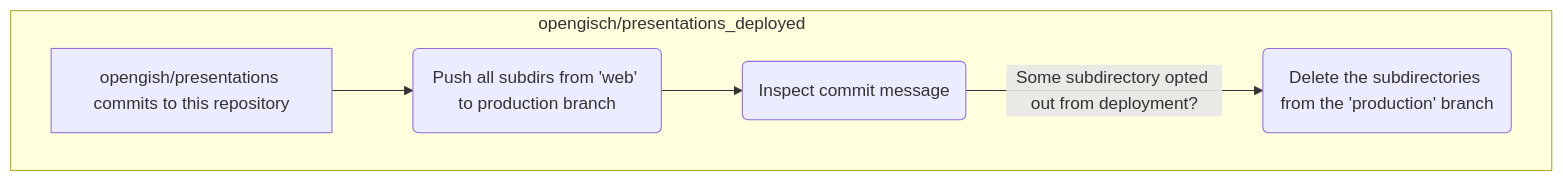
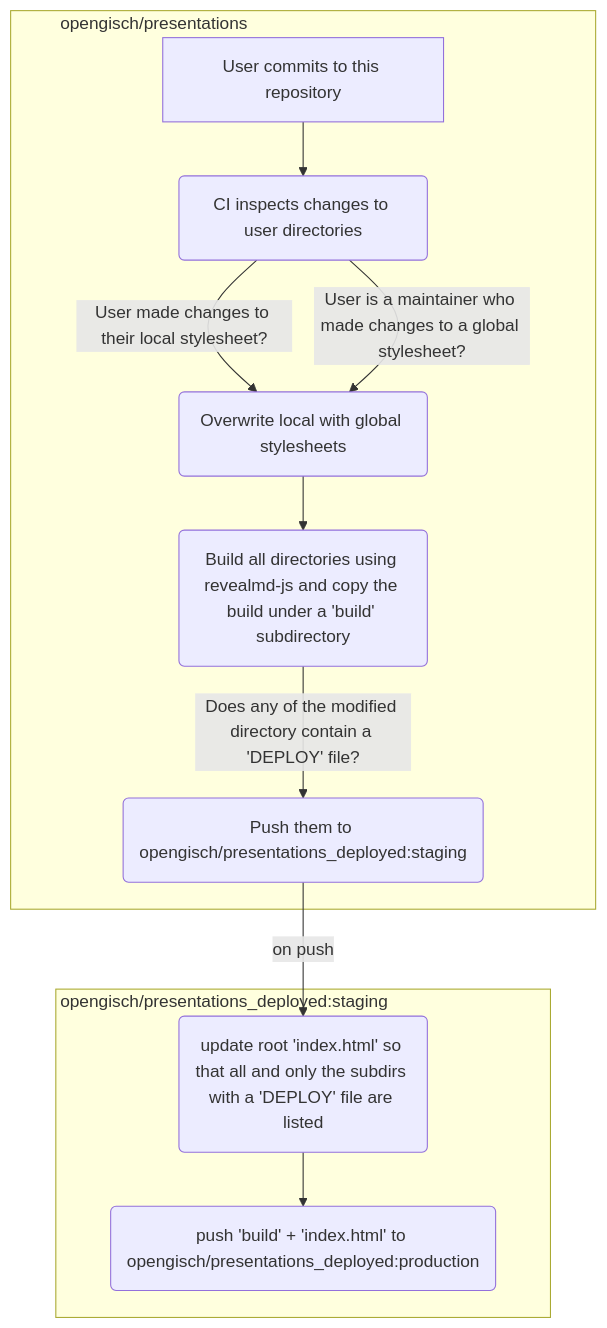
Before and after one commit to opengisch/teaching-slides: the diagram in README.md, drawn with Mermaid. The commit also changed 2 other files, not shown here.

Commit message:
Simplified (#4)
* simplified

````diff
--- a/README.md
+++ b/README.md
@@ -3,9 +3,17 @@
 ```mermaid
 graph TD
-    subgraph Alpha[opengisch/presentations_deployed]
-        A[opengish/presentations commits to this repository] --> B(Push all subdirs from 'web' to production branch)
-        B --> C(Inspect commit message) --> |Some subdirectory opted out from deployment?| D(Delete the subdirectories from the 'production' branch)
+    subgraph Alpha[opengisch/presentations]
+        A[User commits to this repository] --> B(CI inspects changes to user directories)
+        B --> |User made changes to their local stylesheet?| C(Overwrite local with global stylesheets)
+        B --> |User is a maintainer who made changes to a global stylesheet?| C
+        C --> D(Build all directories using revealmd-js and copy the build under a 'build' subdirectory)
+        D --> |Does any of the modified directory contain a 'DEPLOY' file?| E(Push them to opengisch/presentations_deployed:staging)
+    end
+    subgraph Beta [opengisch/presentations_deployed:staging]
+        E --> |on push| F(update root 'index.html' so that all and only the subdirs with a 'DEPLOY' file are listed)
+        F --> G(push 'build' + 'index.html' to opengisch/presentations_deployed:production)
     end
     classDef r margin-right: 450px
     class Alpha r
+    class Beta r
 ```
````
